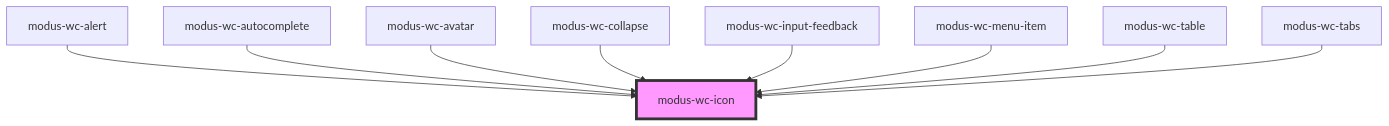
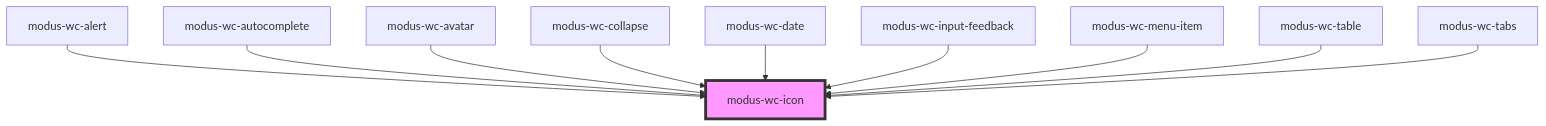
Before and after one commit to trimble-oss/modus-wc-2.0: the diagram in src/components/modus-wc-icon/readme.md, drawn with Mermaid. The commit also changed other lines of this file and 16 other files, not shown here.

````diff
--- a/src/components/modus-wc-icon/readme.md
+++ b/src/components/modus-wc-icon/readme.md
@@ -39,12 +40,13 @@
 ```mermaid
 graph TD;
   modus-wc-alert --> modus-wc-icon
   modus-wc-autocomplete --> modus-wc-icon
   modus-wc-avatar --> modus-wc-icon
   modus-wc-collapse --> modus-wc-icon
+  modus-wc-date --> modus-wc-icon
   modus-wc-input-feedback --> modus-wc-icon
   modus-wc-menu-item --> modus-wc-icon
   modus-wc-table --> modus-wc-icon
   modus-wc-tabs --> modus-wc-icon
   style modus-wc-icon fill:#f9f,stroke:#333,stroke-width:4px
 ```
````
